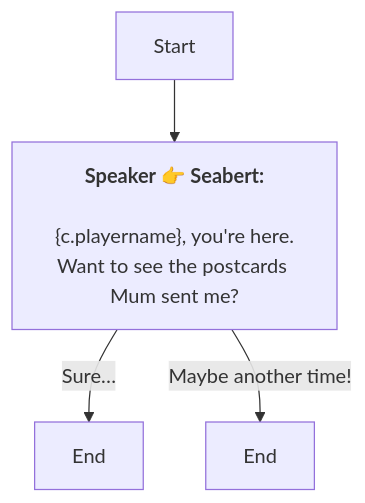
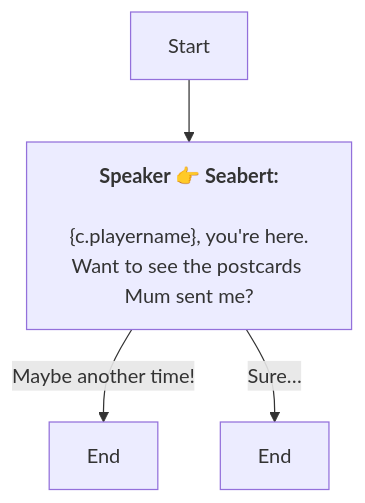
The diagram in En/QuestTalkObjectiveNode_1753752288090526.md (SoftHu/tos_avg), drawn with Mermaid before and after one commit. The commit also changed other lines of this file and 780 other files, not shown here.

````diff
--- a/En/QuestTalkObjectiveNode_1753752288090526.md
+++ b/En/QuestTalkObjectiveNode_1753752288090526.md
@@ -1,9 +1,9 @@
 ```mermaid
 graph
 Start -->1753752340862378[<b>Speaker 👉 Seabert:</b>
 \n&lbrace;c.playername&rbrace;, you're here.
 Want to see the postcards Mum sent me?]
+1753752340862378 -->|Maybe another time!|1753752340863407[End]
 1753752340862378 -->|Sure…|1753752340863406[End]
-1753752340862378 -->|Maybe another time!|1753752340863407[End]
 
 ```
````
